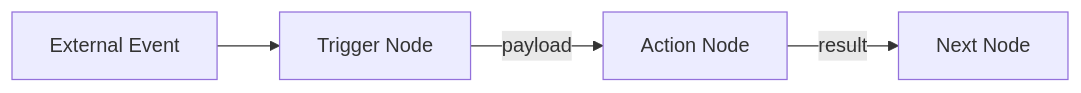
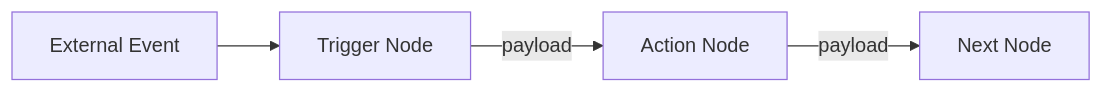
The first of 3 diagrams in src/content/docs/concepts/data-flow.md (superplanehq/docs), drawn with Mermaid before and after one commit. The commit also changed other lines of this file and 5 other files, not shown here.

````diff
--- a/src/content/docs/concepts/data-flow.md
+++ b/src/content/docs/concepts/data-flow.md
@@ -14,6 +14,6 @@
 ```mermaid
 flowchart LR
     External[External Event] --> Trigger[Trigger Node]
     Trigger -->|payload| Action[Action Node]
-    Action -->|result| Next[Next Node]
+    Action -->|payload| Next[Next Node]
 ```
````
